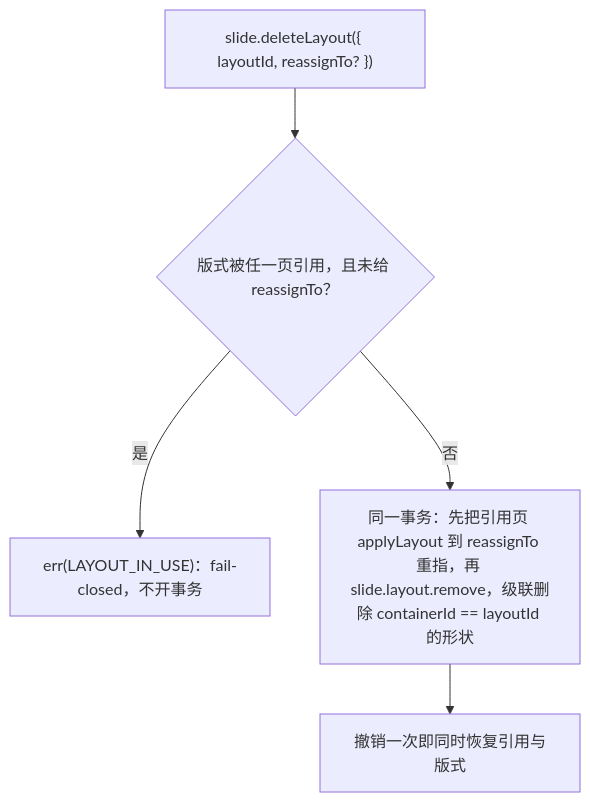
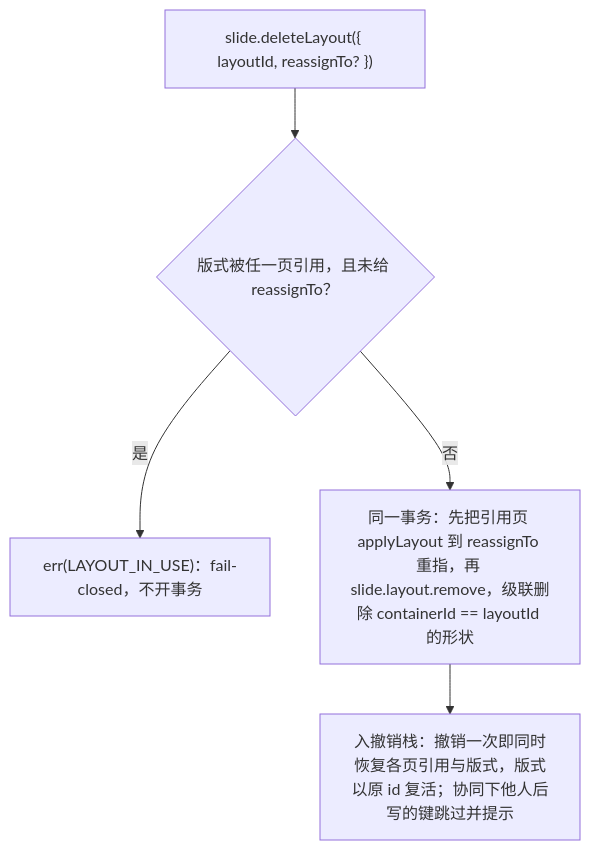
Before and after one commit to Xeonice/cordis-ppt-editor: the fifth of 5 diagrams in docs/30-architecture/05-command-and-history.md, drawn with Mermaid. The commit also changed other lines of this file and 59 other files, not shown here.

````diff
--- a/docs/30-architecture/05-command-and-history.md
+++ b/docs/30-architecture/05-command-and-history.md
@@ -398,8 +399,8 @@
 ```mermaid
 flowchart TB
   del["slide.deleteLayout#40;#123; layoutId, reassignTo? #125;#41;"]
   del --> q1{"版式被任一页引用，且未给 reassignTo？"}
   q1 -- "是" --> err["err#40;LAYOUT_IN_USE#41;：fail-closed，不开事务"]
   q1 -- "否" --> tx["同一事务：先把引用页 applyLayout 到 reassignTo 重指，再 slide.layout.remove，级联删除 containerId == layoutId 的形状"]
-  tx --> undo["撤销一次即同时恢复引用与版式"]
+  tx --> undo["入撤销栈：撤销一次即同时恢复各页引用与版式，版式以原 id 复活；协同下他人后写的键跳过并提示"]
 ```
````
